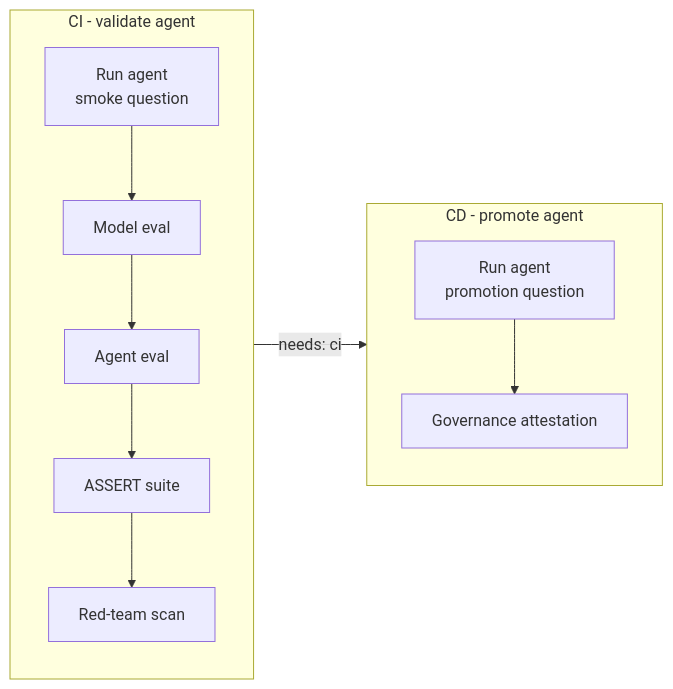
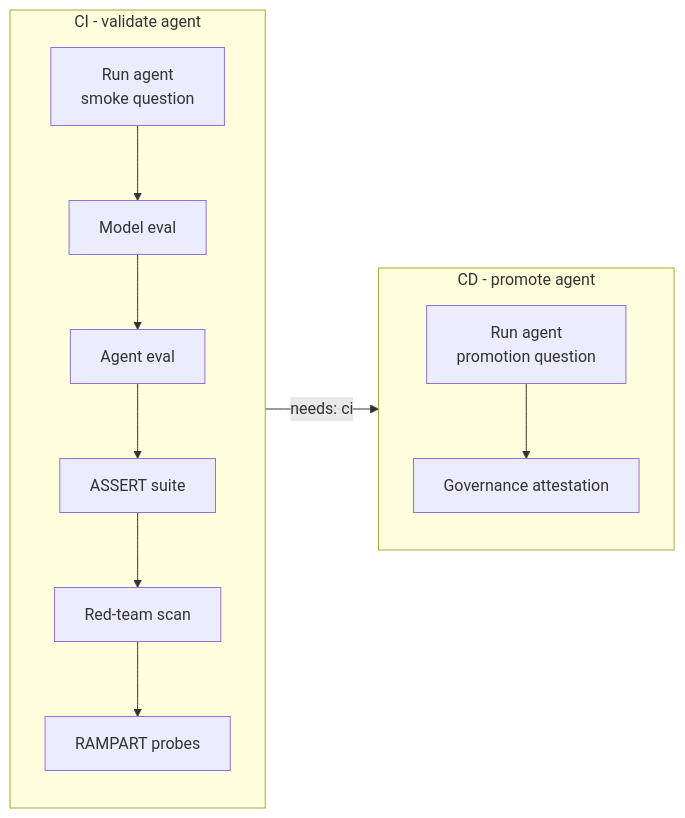
The diagram in docs/cicd.md (balakreshnan/AgenticAIOpsGHCPApp), drawn with Mermaid before and after one commit. The commit also changed other lines of this file and 13 other files, not shown here.

````diff
--- a/docs/cicd.md
+++ b/docs/cicd.md
@@ -14,13 +14,14 @@
 ```mermaid
 flowchart LR
     subgraph CI["CI - validate agent"]
         A[Run agent<br/>smoke question] --> B[Model eval]
         B --> C[Agent eval]
         C --> D[ASSERT suite]
         D --> E[Red-team scan]
+        E --> R[RAMPART probes]
     end
     subgraph CD["CD - promote agent"]
         F[Run agent<br/>promotion question] --> G[Governance attestation]
     end
     CI -->|needs: ci| CD
 ```
````
